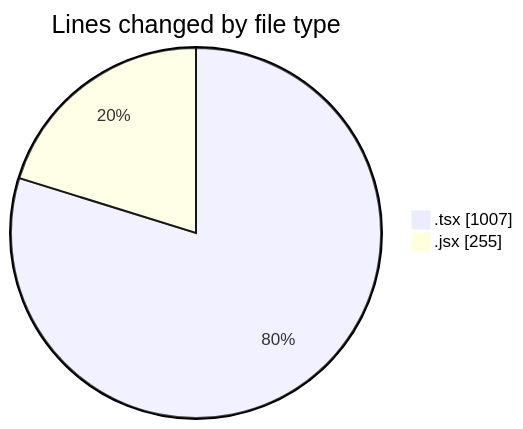
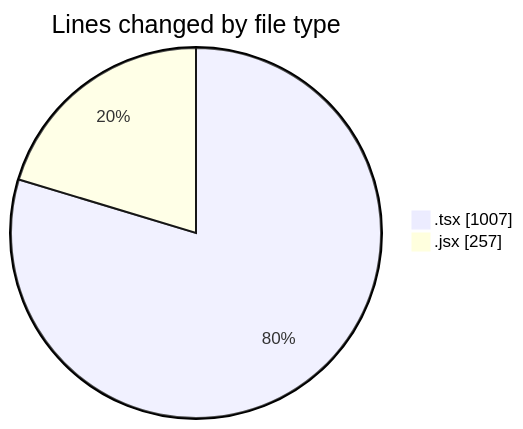
One commit to robertbonfada/code-tracking changed the first of 2 diagrams in 2025-02-10/termonied-web/README.md. Above: the diagram before and after it, drawn with Mermaid. The commit also changed other lines of this file and 1 other file, not shown here.

````diff
--- a/2025-02-10/termonied-web/README.md
+++ b/2025-02-10/termonied-web/README.md
@@ -23,6 +23,6 @@
 ```mermaid
 pie showData
 title Lines changed by file type
 ".tsx" : 1007
-".jsx" : 255
+".jsx" : 257
 ```
````
